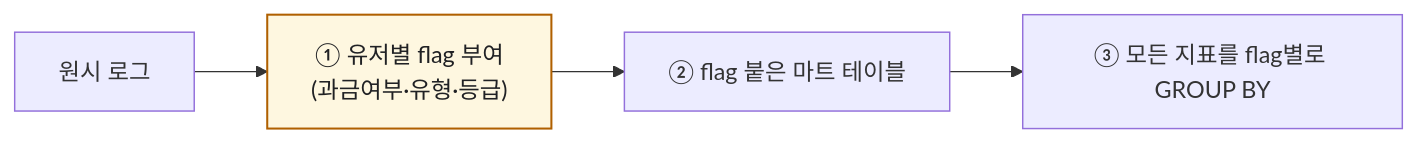
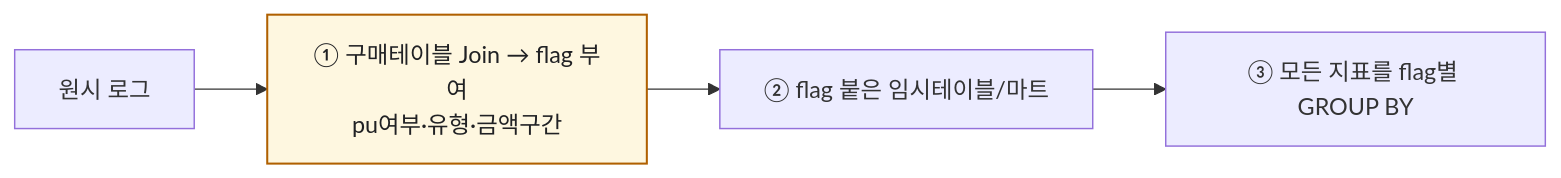
One commit to DBhyeong/DBhyeong.github.io changed the second of 3 diagrams in content/blog/paying-flag-segmentation.md. Above: the diagram before and after it, drawn with Mermaid. The commit also changed other lines of this file and 9 other files, not shown here.

````diff
--- a/content/blog/paying-flag-segmentation.md
+++ b/content/blog/paying-flag-segmentation.md
@@ -34,7 +34,7 @@
 ```mermaid
 flowchart LR
   classDef s fill:#fef7e0,stroke:#b06000,stroke-width:1.4px,color:#202124
-  L["원시 로그"] --> F["① 유저별 flag 부여<br/>(과금여부·유형·등급)"]:::s
-  F --> M["② flag 붙은 마트 테이블"]
-  M --> R["③ 모든 지표를 flag별로 GROUP BY"]
+  L["원시 로그"] --> F["① 구매테이블 Join → flag 부여<br/>pu여부·유형·금액구간"]:::s
+  F --> M["② flag 붙은 임시테이블/마트"]
+  M --> R["③ 모든 지표를 flag별 GROUP BY"]
 ```
````
